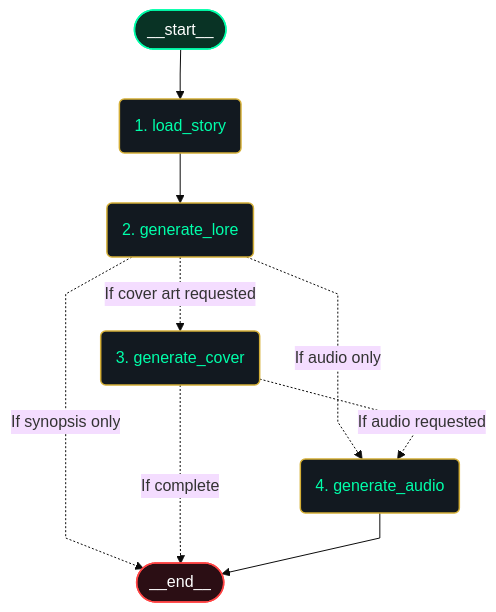
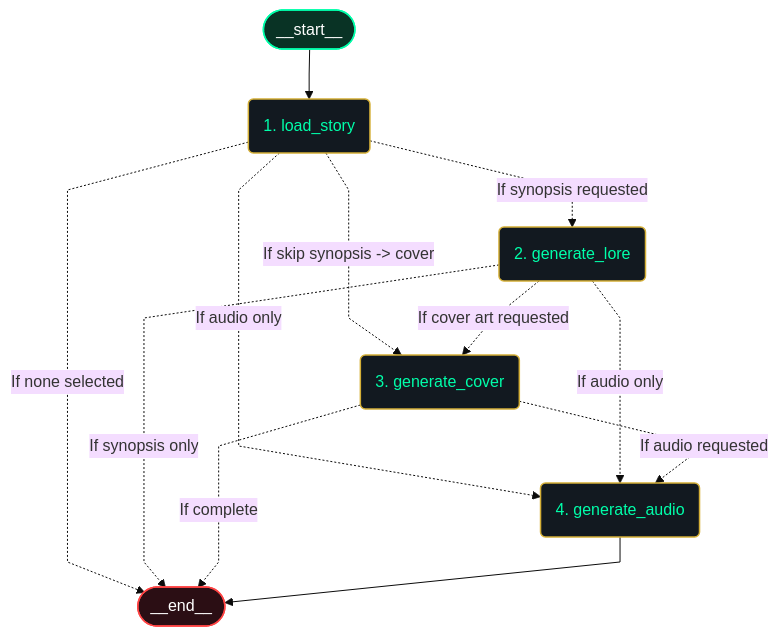
The diagram in README.md (eschafir/lovecraft-tales), drawn with Mermaid (base theme) before and after one commit. The commit also changed 2 other files, not shown here.

Commit message:
Updated LangGraph DAG

````diff
--- a/README.md
+++ b/README.md
@@ -17,32 +17,37 @@
 ```mermaid
 ---
 config:
   flowchart:
     curve: linear
 ---
 graph TD;
 	__start__([__start__]):::first
 	load_story(1. load_story)
 	generate_lore(2. generate_lore)
 	generate_cover(3. generate_cover)
 	generate_audio(4. generate_audio)
 	__end__([__end__]):::last
 
 	__start__ --> load_story
-	load_story --> generate_lore
+	
+	%% Conditional Routing from Load Story
+	load_story -.->|If synopsis requested| generate_lore
+	load_story -.->|If skip synopsis -> cover| generate_cover
+	load_story -.->|If audio only| generate_audio
+	load_story -.->|If none selected| __end__
 	
 	%% Conditional Routing from Lore Engine
 	generate_lore -.->|If cover art requested| generate_cover
 	generate_lore -.->|If audio only| generate_audio
 	generate_lore -.->|If synopsis only| __end__
 	
 	%% Conditional Routing from Cover Engine
 	generate_cover -.->|If audio requested| generate_audio
 	generate_cover -.->|If complete| __end__
 	
 	generate_audio --> __end__
 
 	classDef default fill:#121920,stroke:#d4af37,stroke-width:1.5px,color:#00ffaa
 	classDef first fill:#093325,stroke:#00ffaa,color:#ffffff
 	classDef last fill:#2b0e14,stroke:#ff4444,color:#ffffff
 ```
````
